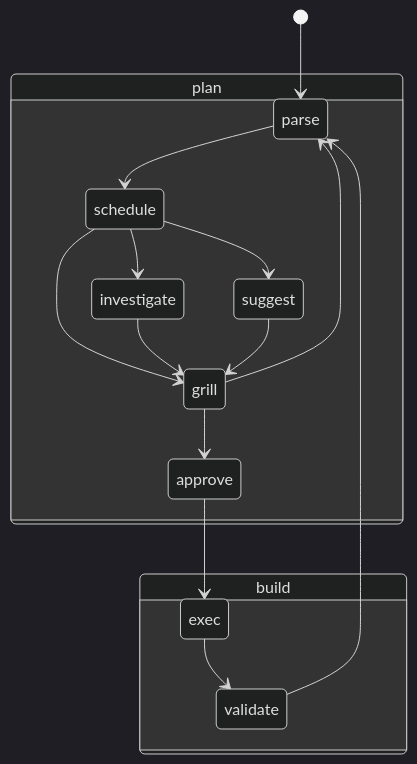
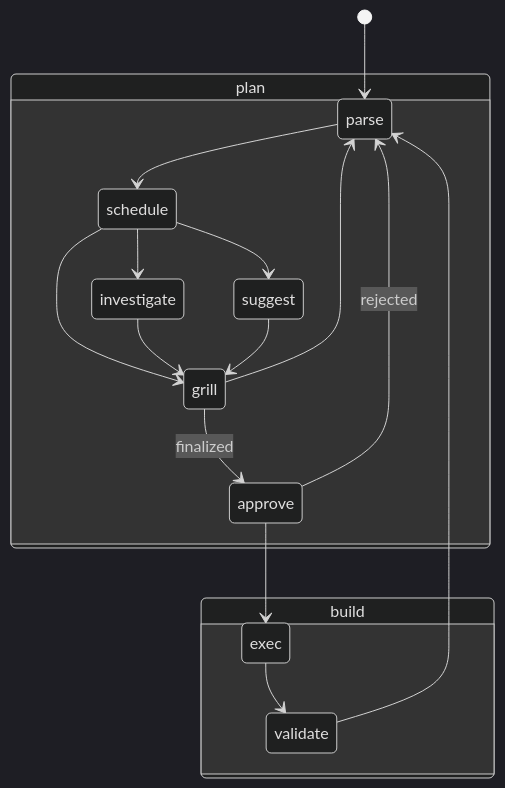
One commit to johannesloetzsch/craft-more changed the diagram in skills/plan-build-workflow/README.md. Above: the diagram before and after it, drawn with Mermaid (dark theme). The commit also changed other lines of this file and 9 other files, not shown here.

````diff
--- a/skills/plan-build-workflow/README.md
+++ b/skills/plan-build-workflow/README.md
@@ -13,23 +13,24 @@
 ```mermaid
 stateDiagram-v2
   [*] --> parse
 
   state plan {
     parse --> schedule
     schedule --> grill
     schedule --> investigate
     investigate --> grill
     schedule --> suggest
     suggest --> grill
     grill --> parse
-    grill --> approve
+    grill --> approve : finalized
   }
 
   approve --> exec
+  approve --> parse : rejected
 
   state build {
     exec --> validate
   }
 
   validate --> parse
 ```
````
